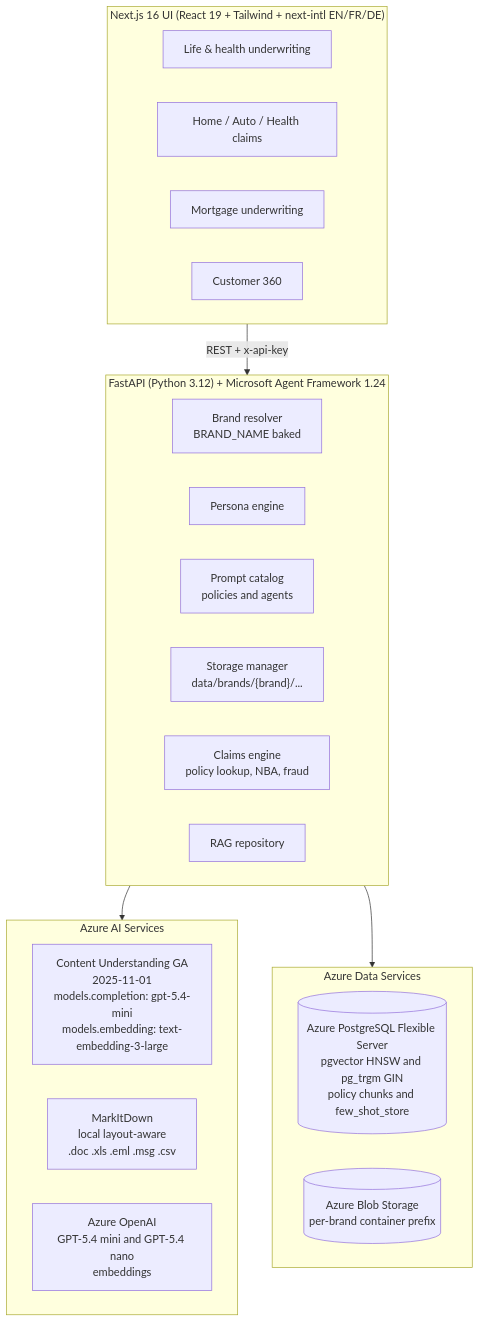
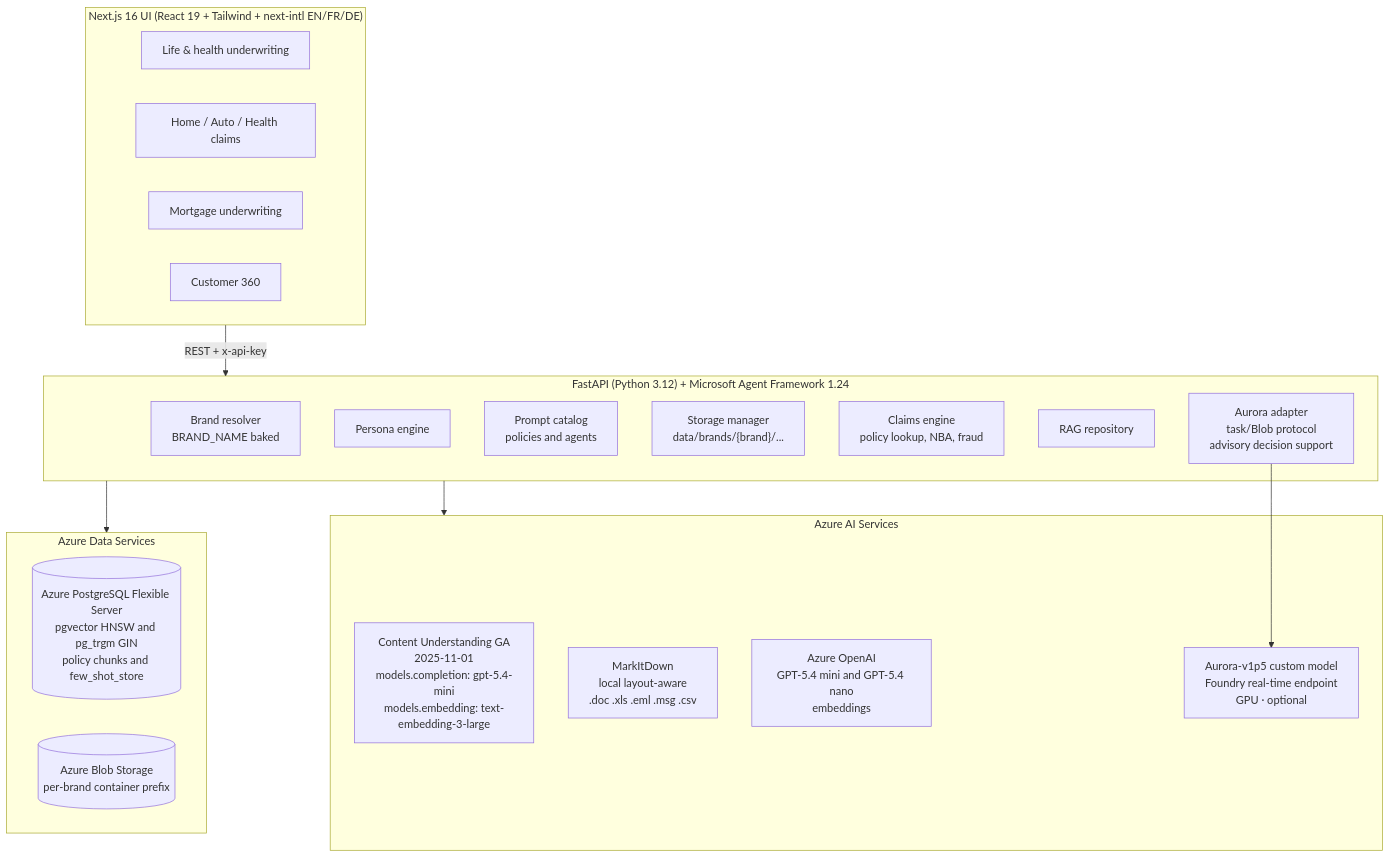
The first of 2 diagrams in docs/architecture.md (olivMertens/PrevaIq), drawn with Mermaid before and after one commit. The commit also changed other lines of this file and 22 other files, not shown here.

First line of the commit message:
feat(aurora): add Foundry weather decision support

````diff
--- a/docs/architecture.md
+++ b/docs/architecture.md
@@ -7,36 +7,39 @@
 ```mermaid
 flowchart TB
     subgraph UI["Next.js 16 UI (React 19 + Tailwind + next-intl EN/FR/DE)"]
         P1["Life & health underwriting"]
         P2["Home / Auto / Health claims"]
         P3["Mortgage underwriting"]
         P4["Customer 360"]
     end
 
     UI -->|"REST + x-api-key"| API
 
     subgraph API["FastAPI (Python 3.12) + Microsoft Agent Framework 1.24"]
         Brand["Brand resolver<br/>BRAND_NAME baked"]
         Persona["Persona engine"]
         Prompts["Prompt catalog<br/>policies and agents"]
         Storage["Storage manager<br/>data/brands/{brand}/..."]
         Claims["Claims engine<br/>policy lookup, NBA, fraud"]
         RAG["RAG repository"]
+        Aurora["Aurora adapter<br/>task/Blob protocol<br/>advisory decision support"]
     end
 
     API --> Azure
 
     subgraph Azure["Azure AI Services"]
         CU["Content Understanding GA<br/>2025-11-01<br/>models.completion: gpt-5.4-mini<br/>models.embedding: text-embedding-3-large"]
         MD["MarkItDown<br/>local layout-aware<br/>.doc .xls .eml .msg .csv"]
         OAI["Azure OpenAI<br/>GPT-5.4 mini and GPT-5.4 nano<br/>embeddings"]
+        AUR["Aurora-v1p5 custom model<br/>Foundry real-time endpoint<br/>GPU · optional"]
     end
 
     API --> Data
+    Aurora --> AUR
 
     subgraph Data["Azure Data Services"]
         PG[("Azure PostgreSQL Flexible Server<br/>pgvector HNSW and pg_trgm GIN<br/>policy chunks and few_shot_store")]
         Blob[("Azure Blob Storage<br/>per-brand container prefix")]
     end
 
 ```
````
